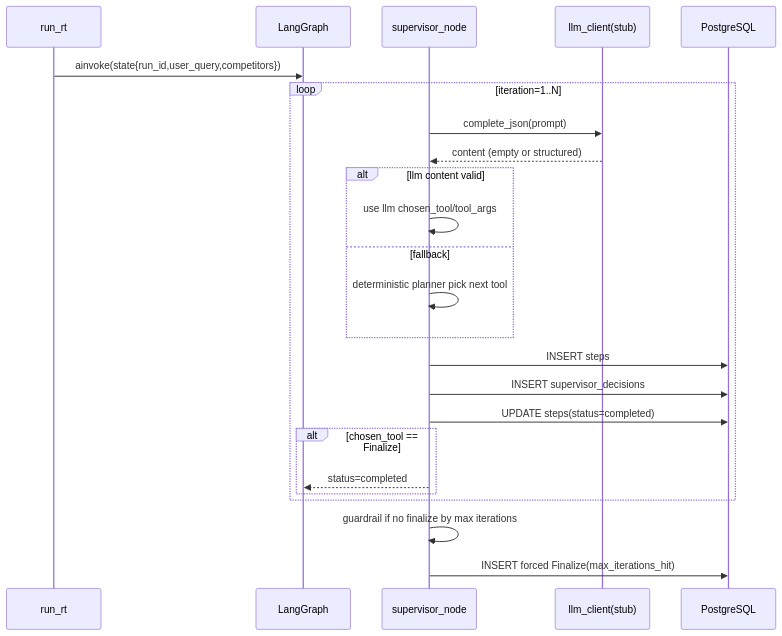
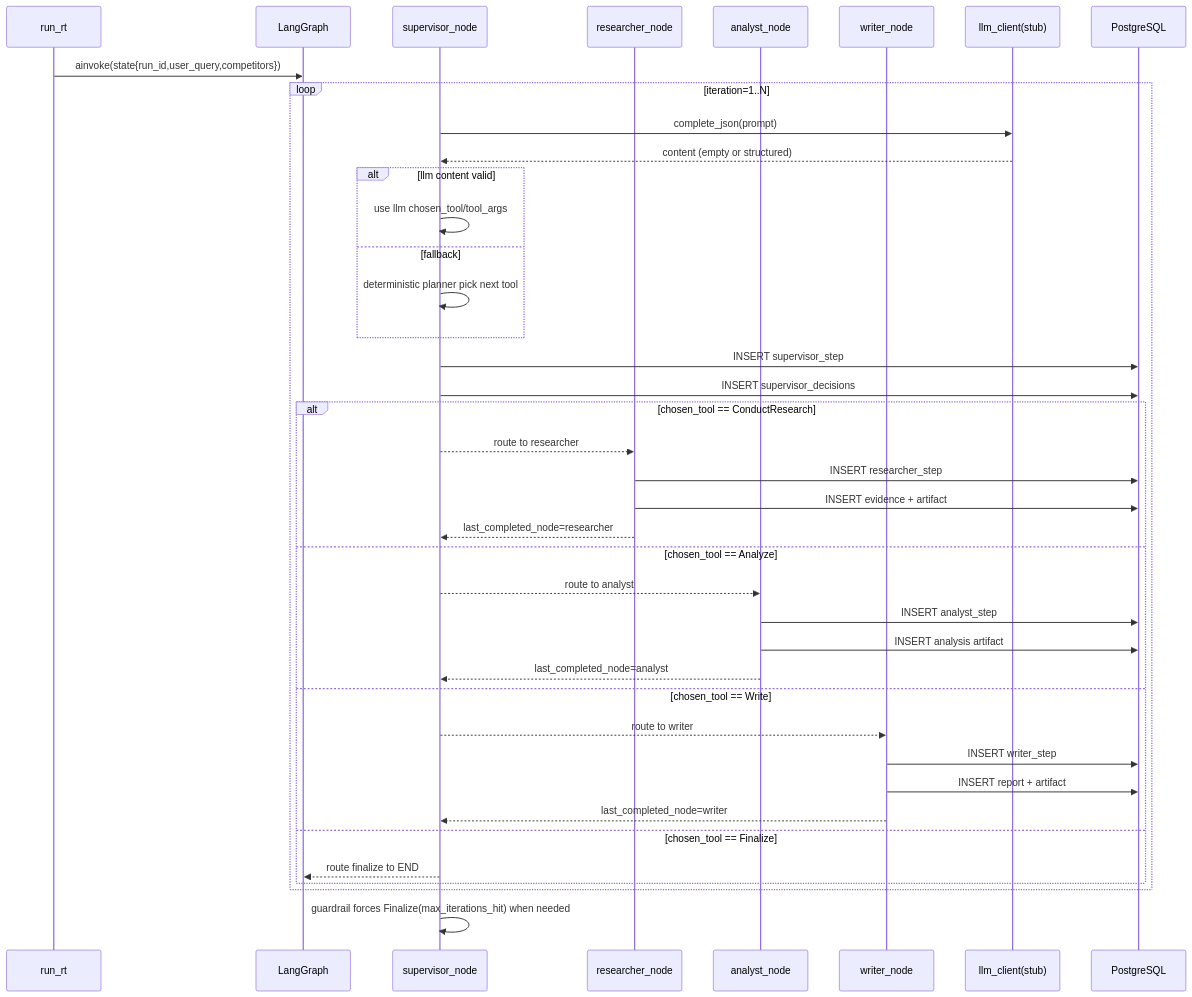
One commit to wanghong5233/RivalLens changed the diagram in docs/impl/02-supervisor-loop.md. Above: the diagram before and after it, drawn with Mermaid. The commit also changed other lines of this file and 9 other files, not shown here.

First line of the commit message:
feat(backend): route supervisor tools into executable subnodes

````diff
--- a/docs/impl/02-supervisor-loop.md
+++ b/docs/impl/02-supervisor-loop.md
@@ -16,27 +16,43 @@
 ```mermaid
 sequenceDiagram
   participant RT as run_rt
   participant LG as LangGraph
   participant SN as supervisor_node
+  participant RN as researcher_node
+  participant AN as analyst_node
+  participant WN as writer_node
   participant LLM as llm_client(stub)
   participant DB as PostgreSQL
 
   RT->>LG: ainvoke(state{run_id,user_query,competitors})
   loop iteration=1..N
     SN->>LLM: complete_json(prompt)
     LLM-->>SN: content (empty or structured)
     alt llm content valid
       SN->>SN: use llm chosen_tool/tool_args
     else fallback
       SN->>SN: deterministic planner pick next tool
     end
-    SN->>DB: INSERT steps
+    SN->>DB: INSERT supervisor_step
     SN->>DB: INSERT supervisor_decisions
-    SN->>DB: UPDATE steps(status=completed)
-    alt chosen_tool == Finalize
-      SN-->>LG: status=completed
+    alt chosen_tool == ConductResearch
+      SN-->>RN: route to researcher
+      RN->>DB: INSERT researcher_step
+      RN->>DB: INSERT evidence + artifact
+      RN-->>SN: last_completed_node=researcher
+    else chosen_tool == Analyze
+      SN-->>AN: route to analyst
+      AN->>DB: INSERT analyst_step
+      AN->>DB: INSERT analysis artifact
+      AN-->>SN: last_completed_node=analyst
+    else chosen_tool == Write
+      SN-->>WN: route to writer
+      WN->>DB: INSERT writer_step
+      WN->>DB: INSERT report + artifact
+      WN-->>SN: last_completed_node=writer
+    else chosen_tool == Finalize
+      SN-->>LG: route finalize to END
     end
   end
-  SN->>SN: guardrail if no finalize by max iterations
-  SN->>DB: INSERT forced Finalize(max_iterations_hit)
+  SN->>SN: guardrail forces Finalize(max_iterations_hit) when needed
 ```
````
